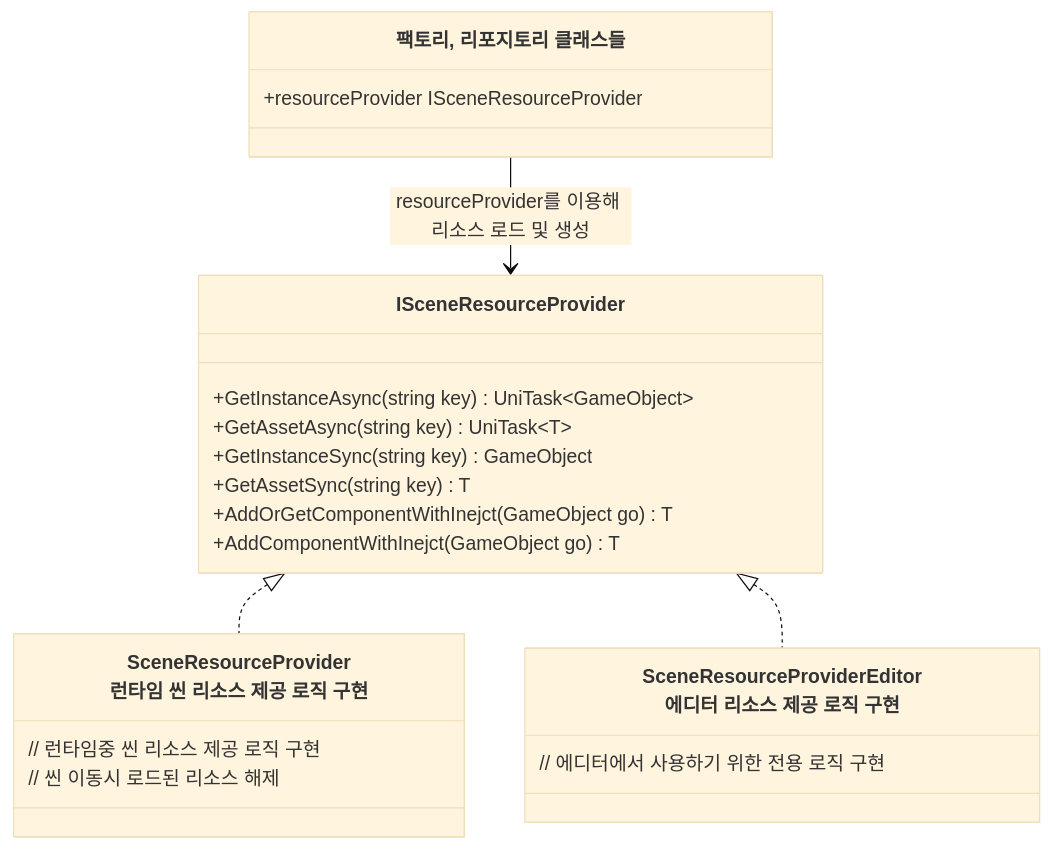
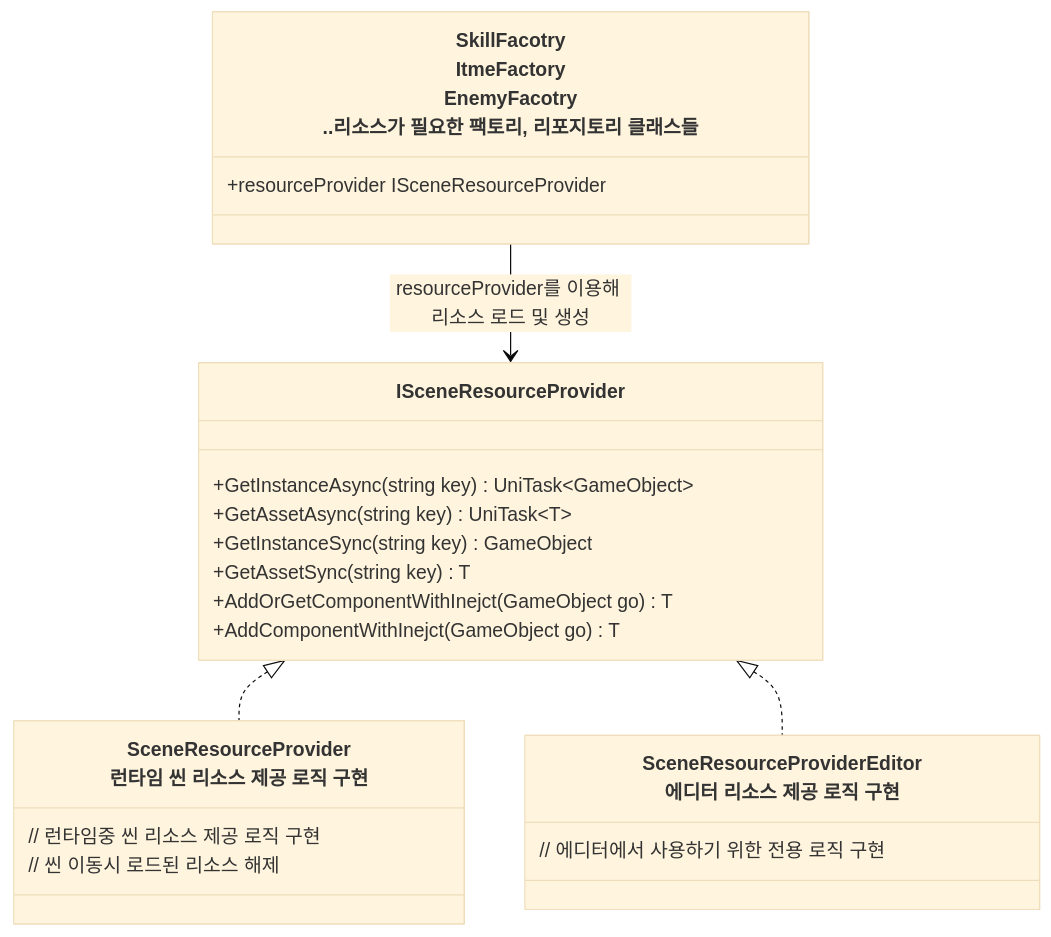
The diagram in README/리소스_관리구조_설계.md (JIN5EOK/DungeonShooter), drawn with Mermaid (base theme) before and after one commit. The commit also changed other lines of this file and 1 other file, not shown here.

````diff
--- a/README/리소스_관리구조_설계.md
+++ b/README/리소스_관리구조_설계.md
@@ -6,27 +6,27 @@
 ```mermaid
 classDiagram
     class ISceneResourceProvider{
         +GetInstanceAsync(string key) UniTask~GameObject~
         +GetAssetAsync<T>(string key) UniTask~T~
         +GetInstanceSync(string key) GameObject
         +GetAssetSync<T>(string key) T
         +AddOrGetComponentWithInejct<T>(GameObject go) T
         +AddComponentWithInejct<T>(GameObject go) T    
     }
     class SceneResourceProviderEditor["SceneResourceProviderEditor<br>에디터 리소스 제공 로직 구현"]{
         // 에디터에서 사용하기 위한 전용  로직 구현
     }
     
     class SceneResourceProvider["SceneResourceProvider<br>런타임 씬 리소스 제공 로직 구현"]{
         // 런타임중 씬 리소스 제공 로직 구현
         // 씬 이동시 로드된 리소스 해제
     }
 
-    class 팩토리들["팩토리, 리포지토리 클래스들"]{
+    class 팩토리들["SkillFacotry<br>ItmeFactory<br>EnemyFacotry<br>..리소스가 필요한 팩토리, 리포지토리 클래스들"]{
         +resourceProvider ISceneResourceProvider
     }
     
     ISceneResourceProvider <|.. SceneResourceProvider
     ISceneResourceProvider <|.. SceneResourceProviderEditor
     팩토리들 --> ISceneResourceProvider : resourceProvider를 이용해 리소스 로드 및 생성
 ```
````
